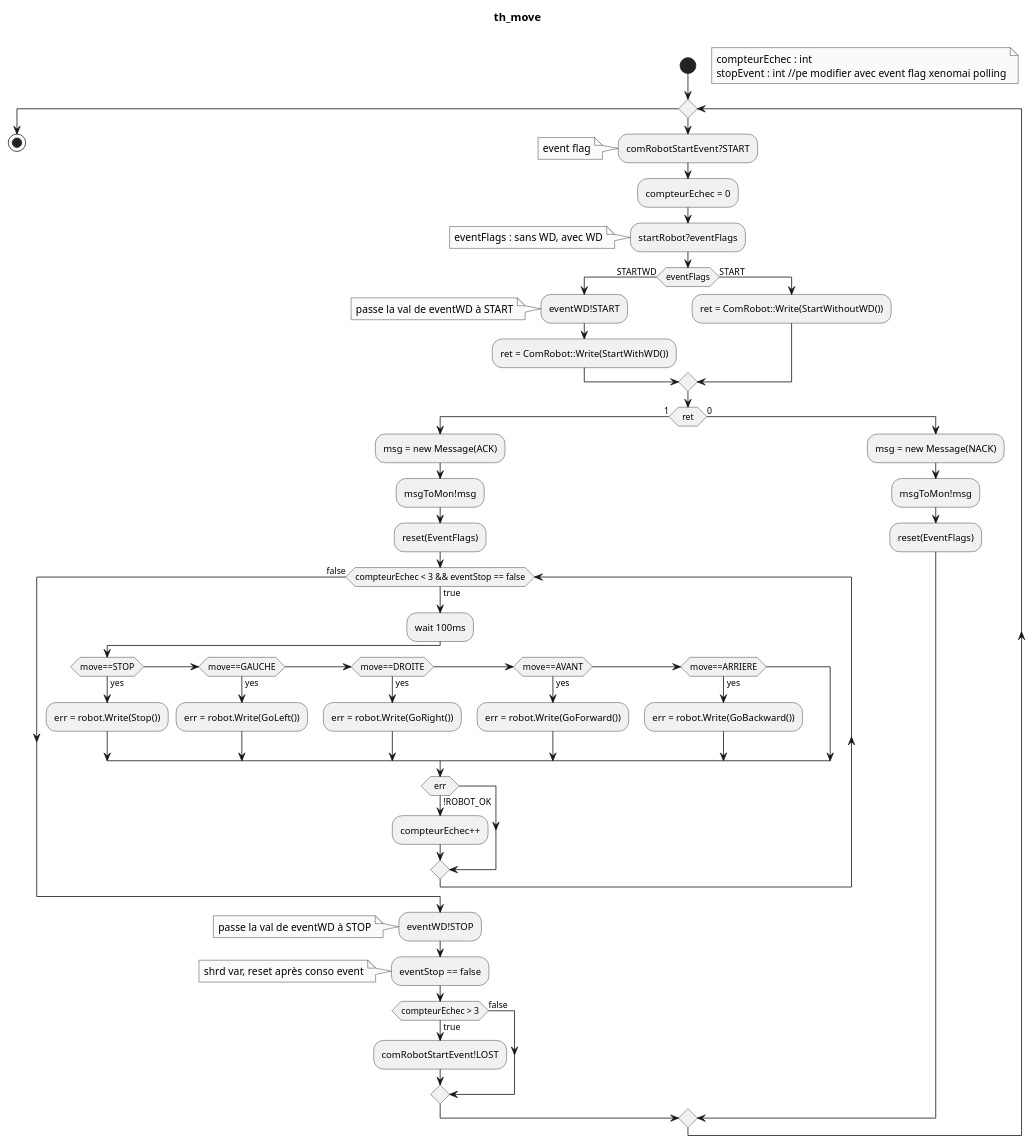
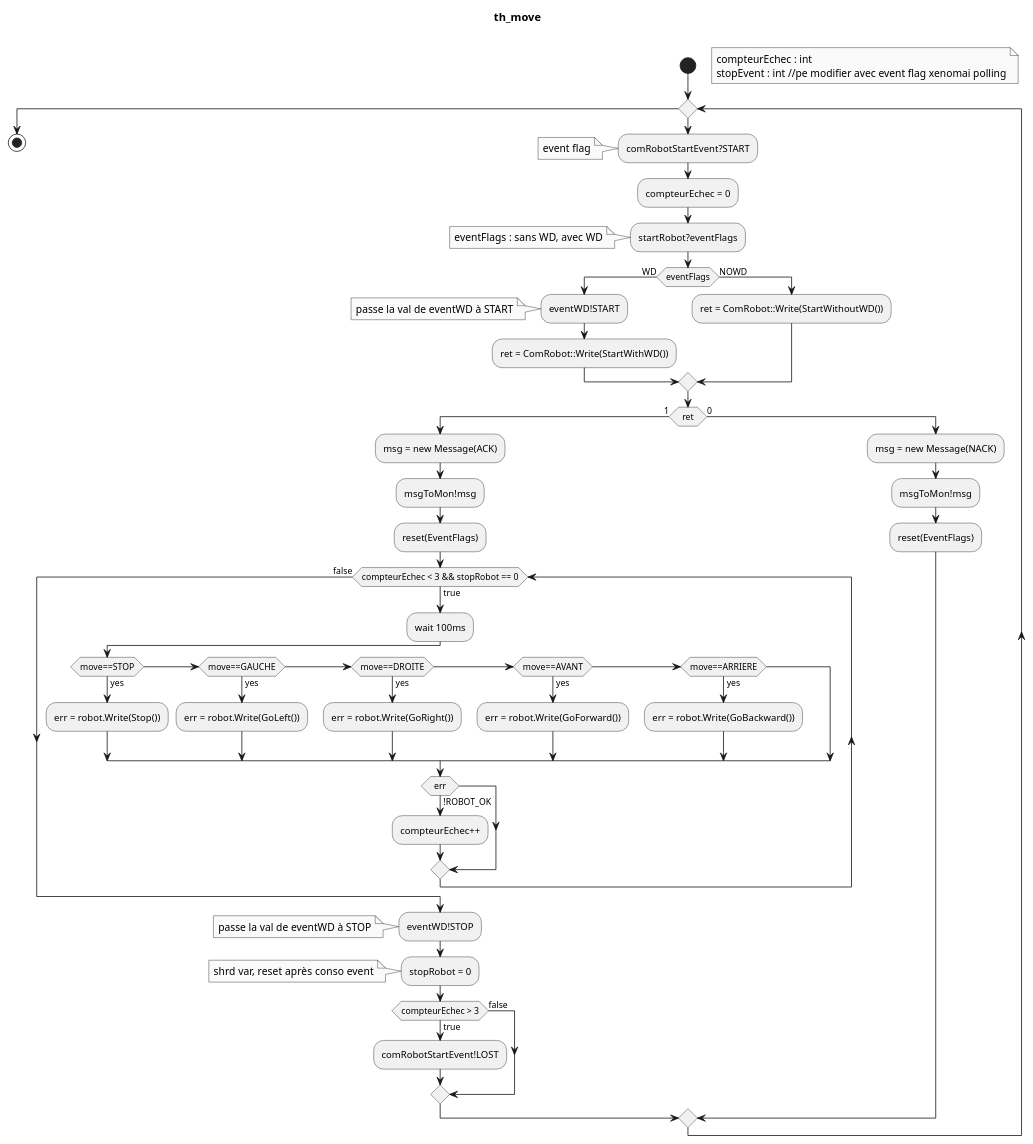
Before and after one commit to Bobillot/BE_Temps_Reel: the diagram in diags/th_move.puml, drawn with PlantUML.

```diff
--- a/diags/th_move.puml
+++ b/diags/th_move.puml
@@ -1,81 +1,81 @@
 @startuml
 
 skinparam monochrome true
 title th_move \n
 
 
 start
 
 floating note right
 compteurEchec : int
 stopEvent : int //pe modifier avec event flag xenomai polling
 endnote
 
 while ()
     :comRobotStartEvent?START;
     note : event flag
     :compteurEchec = 0;
 
     :startRobot?eventFlags;
     note
     eventFlags : sans WD, avec WD
     endnote
 
-    if (eventFlags) then (STARTWD)
+    if (eventFlags) then (WD)
         :eventWD!START;
     note : passe la val de eventWD à START
         :ret = ComRobot::Write(StartWithWD());
-    else (START)
+    else (NOWD)
     :ret = ComRobot::Write(StartWithoutWD());
     endif
     
     if (ret) then (1)
     
     :msg = new Message(ACK);
 
     :msgToMon!msg;
 
     :reset(EventFlags);
 
-    while (compteurEchec < 3 && eventStop == false) is (true)
+    while (compteurEchec < 3 && stopRobot == 0) is (true)
         :wait 100ms;
         if (move==STOP) then (yes)
             :err = robot.Write(Stop());
         elseif (move==GAUCHE) then (yes)
             :err = robot.Write(GoLeft());
         elseif (move==DROITE) then (yes)
             :err = robot.Write(GoRight());
         elseif (move==AVANT) then (yes)
             :err = robot.Write(GoForward());
         elseif (move==ARRIERE) then (yes)
             :err = robot.Write(GoBackward());
         endif
         if (err) then (!ROBOT_OK)
             :compteurEchec++;
         endif
     endwhile (false)
     :eventWD!STOP;
     note : passe la val de eventWD à STOP
-:eventStop == false;
+:stopRobot = 0;
 note : shrd var, reset après conso event
 
 if (compteurEchec > 3) then (true)
     ':comRobotStartEvent!STOP;
     'note 
     '    evite de rerentrer dans le début du thread 
     '    si on sait qu'on coupe la com à cause du temps de traitement 
     '    de th_com_robot
     'endnote
     :comRobotStartEvent!LOST;
 else (false)
 endif
 else (0)
     :msg = new Message(NACK);
 
     :msgToMon!msg;
 
     :reset(EventFlags);
 endif
 endwhile
 stop
 @enduml
```
